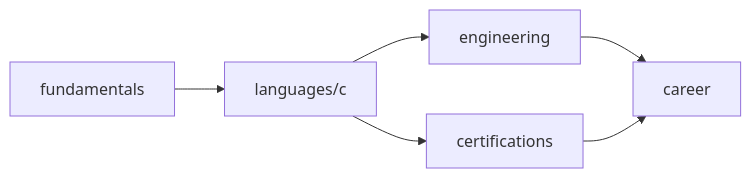
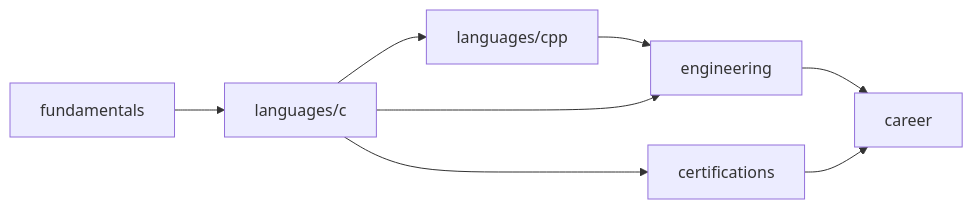
The diagram in README.md (xiangjl623/C), drawn with Mermaid before and after one commit. The commit also changed other lines of this file and 96 other files, not shown here.

````diff
--- a/README.md
+++ b/README.md
@@ -21,8 +21,10 @@
 ```mermaid
 flowchart LR
     A[fundamentals] --> B[languages/c]
-    B --> C[engineering]
+    B --> B2[languages/cpp]
+    B2 --> C[engineering]
+    B --> C
     B --> D[certifications]
     C --> E[career]
     D --> E
 ```
````
